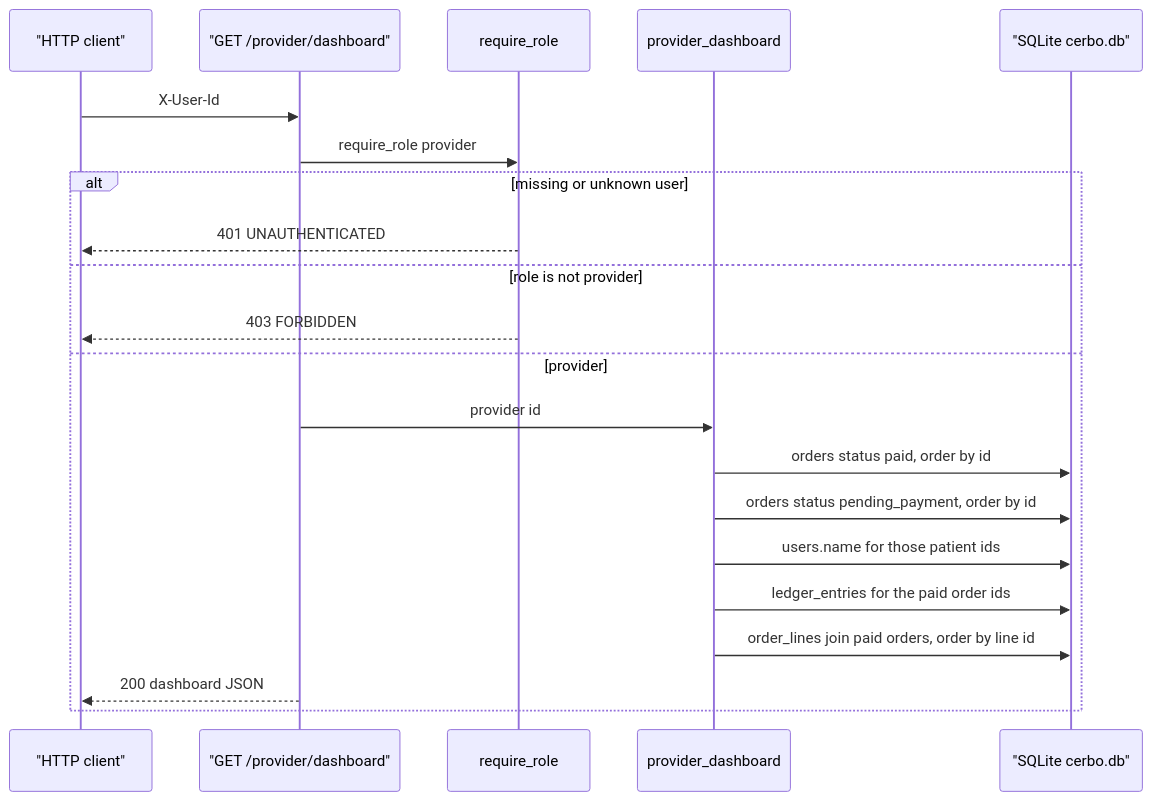
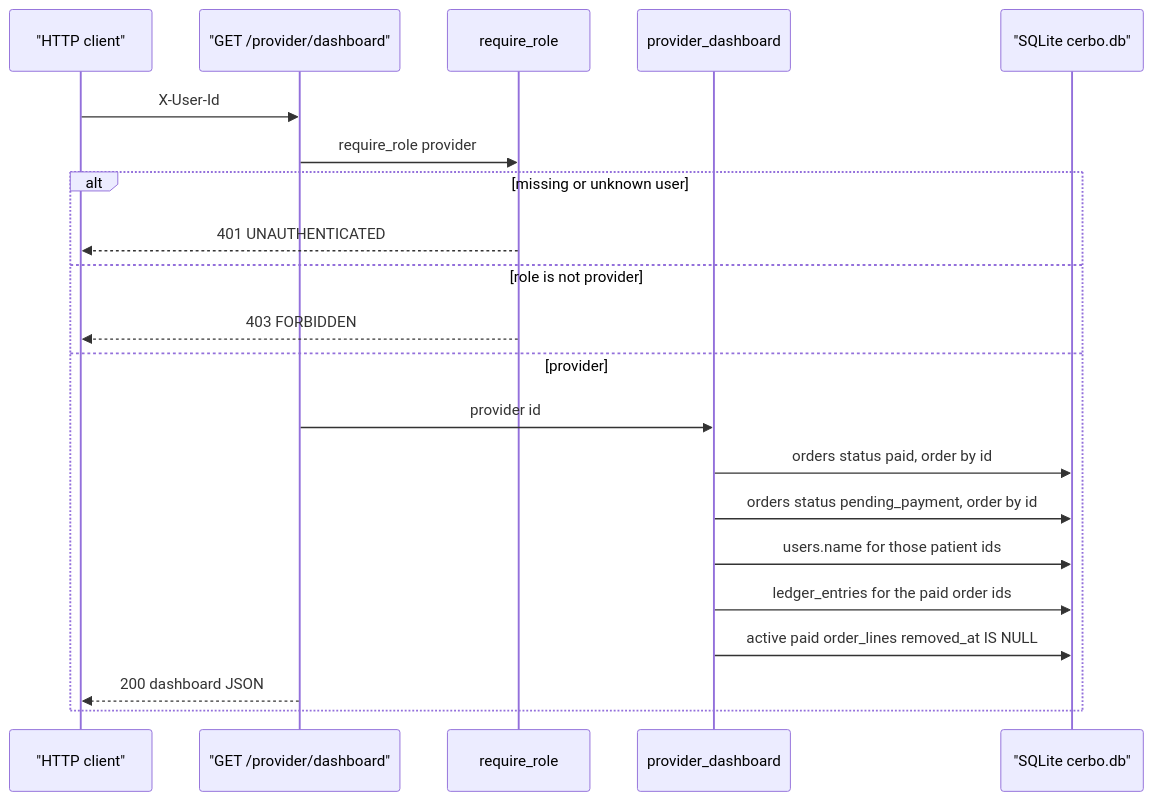
Before and after one commit to drtclem/cerbo_wk1: the first of 2 diagrams in docs/diagrams/flows/reporting.md, drawn with Mermaid. The commit also changed other lines of this file and 8 other files, not shown here.

Commit message:
Diagrams for T24; D13 matches the built behavior

````diff
--- a/docs/diagrams/flows/reporting.md
+++ b/docs/diagrams/flows/reporting.md
@@ -13,24 +13,24 @@
 ```mermaid
 sequenceDiagram
   participant Client as "HTTP client"
   participant Route as "GET /provider/dashboard"
   participant Auth as require_role
   participant Svc as provider_dashboard
   participant Db as "SQLite cerbo.db"
 
   Client->>Route: X-User-Id
   Route->>Auth: require_role provider
   alt missing or unknown user
     Auth-->>Client: 401 UNAUTHENTICATED
   else role is not provider
     Auth-->>Client: 403 FORBIDDEN
   else provider
     Route->>Svc: provider id
     Svc->>Db: orders status paid, order by id
     Svc->>Db: orders status pending_payment, order by id
     Svc->>Db: users.name for those patient ids
     Svc->>Db: ledger_entries for the paid order ids
-    Svc->>Db: order_lines join paid orders, order by line id
+    Svc->>Db: active paid order_lines removed_at IS NULL
     Route-->>Client: 200 dashboard JSON
   end
 ```
````
